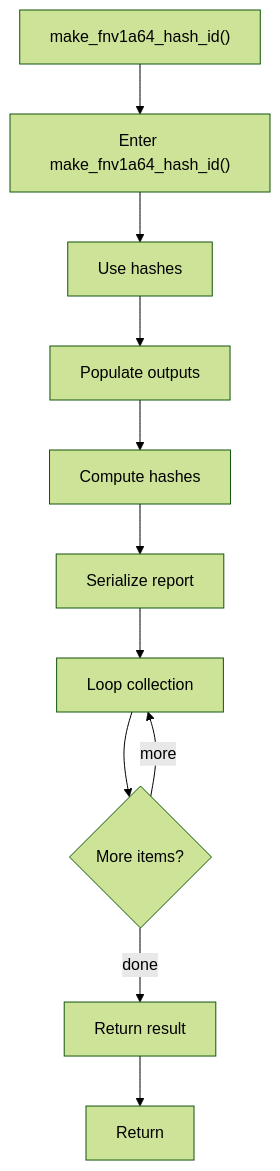
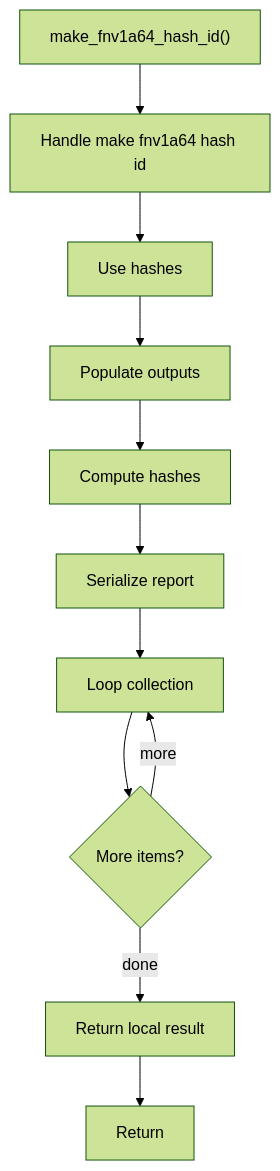
The diagram in docs/Codebase/Microservice/Modules/Source/HashingMechanism/ReverseMerkle/Flow/functions/make_fnv1a64_hash_id.cpp.md (JohnAndrewBalbarosa/NeoTerritory), drawn with Mermaid (forest theme) before and after one commit. The commit also changed other lines of this file and 915 other files, not shown here.

````diff
--- a/docs/Codebase/Microservice/Modules/Source/HashingMechanism/ReverseMerkle/Flow/functions/make_fnv1a64_hash_id.cpp.md
+++ b/docs/Codebase/Microservice/Modules/Source/HashingMechanism/ReverseMerkle/Flow/functions/make_fnv1a64_hash_id.cpp.md
@@ -21,23 +21,23 @@
 ```mermaid
 flowchart TD
     Start["make_fnv1a64_hash_id()"]
-    N0["Enter make_fnv1a64_hash_id()"]
+    N0["Handle make fnv1a64 hash id"]
     N1["Use hashes"]
     N2["Populate outputs"]
     N3["Compute hashes"]
     N4["Serialize report"]
     N5["Loop collection"]
     L5{"More items?"}
-    N6["Return result"]
+    N6["Return local result"]
     End["Return"]
     Start --> N0
     N0 --> N1
     N1 --> N2
     N2 --> N3
     N3 --> N4
     N4 --> N5
     N5 --> L5
     L5 -->|more| N5
     L5 -->|done| N6
     N6 --> End
 ```
````
